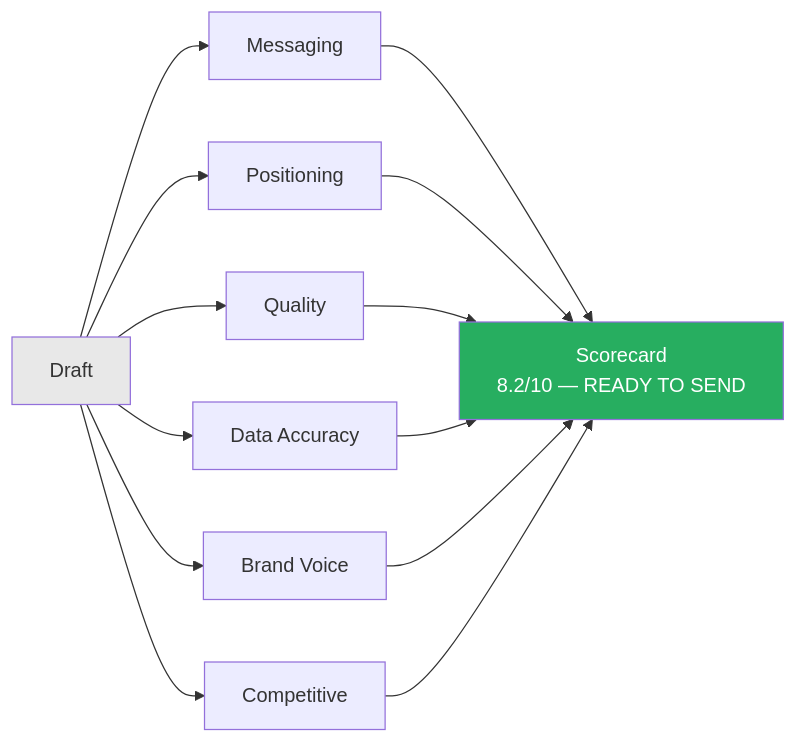
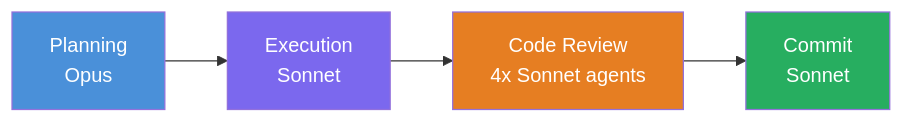
Before and after one commit to ryanjosebrosas/second-brain-ultimatum: the sixth of 9 diagrams in README.md, drawn with Mermaid. The commit also changed other lines of this file and 213 other files, not shown here.

````diff
--- a/README.md
+++ b/README.md
@@ -116,8 +272,11 @@
 ```mermaid
 graph LR
-    CONTENT["Draft"] --> R1["Messaging"] & R2["Positioning"] & R3["Quality"] & R4["Data Accuracy"] & R5["Brand Voice"] & R6["Competitive"]
-    R1 & R2 & R3 & R4 & R5 & R6 --> SCORE["Scorecard<br/>8.2/10 — READY TO SEND"]
+    PLAN["Planning<br/>Opus"] --> EXEC["Execution<br/>Sonnet"]
+    EXEC --> REV["Code Review<br/>4x Sonnet agents"]
+    REV --> COM["Commit<br/>Sonnet"]
 
-    style CONTENT fill:#e8e8e8,color:#333
-    style SCORE fill:#27ae60,color:#fff
+    style PLAN fill:#4a90d9,color:#fff
+    style EXEC fill:#7b68ee,color:#fff
+    style REV fill:#e67e22,color:#fff
+    style COM fill:#27ae60,color:#fff
 ```
````
